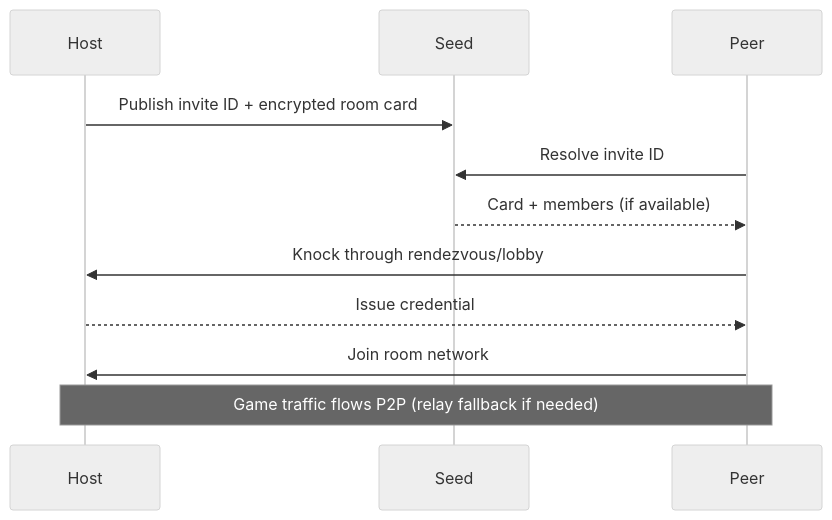
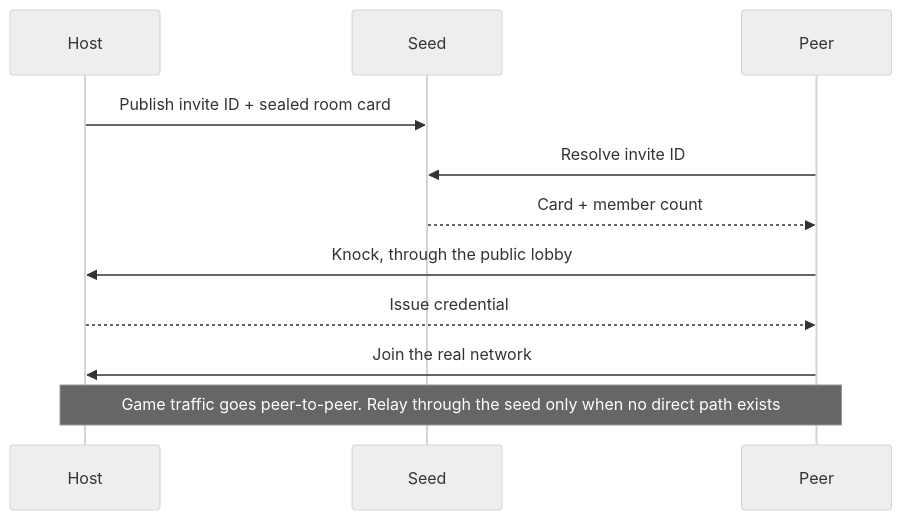
One commit to alvarogabrielgomez/kanpachi changed the diagram in README.md. Above: the diagram before and after it, drawn with Mermaid (neutral theme). The commit also changed other lines of this file and 15 other files, not shown here.

````diff
--- a/README.md
+++ b/README.md
@@ -239,14 +115,14 @@
 ```mermaid
 sequenceDiagram
   participant H as Host
   participant S as Seed
   participant P as Peer
 
-  H->>S: Publish invite ID + encrypted room card
+  H->>S: Publish invite ID + sealed room card
   P->>S: Resolve invite ID
-  S-->>P: Card + members (if available)
-  P->>H: Knock through rendezvous/lobby
+  S-->>P: Card + member count
+  P->>H: Knock, through the public lobby
   H-->>P: Issue credential
-  P->>H: Join room network
-  Note over H,P: Game traffic flows P2P (relay fallback if needed)
+  P->>H: Join the real network
+  Note over H,P: Game traffic goes peer-to-peer. Relay through the seed only when no direct path exists
 ```
````
